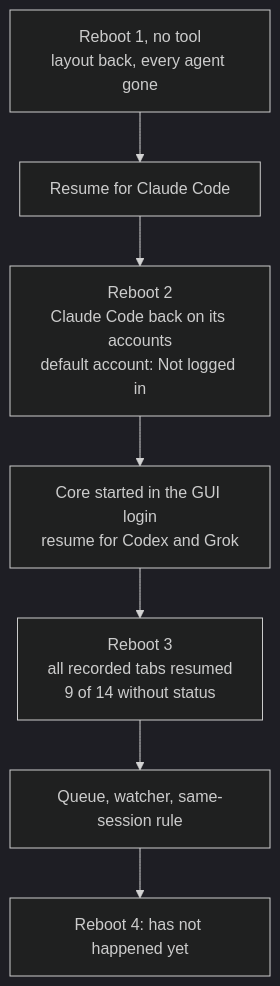
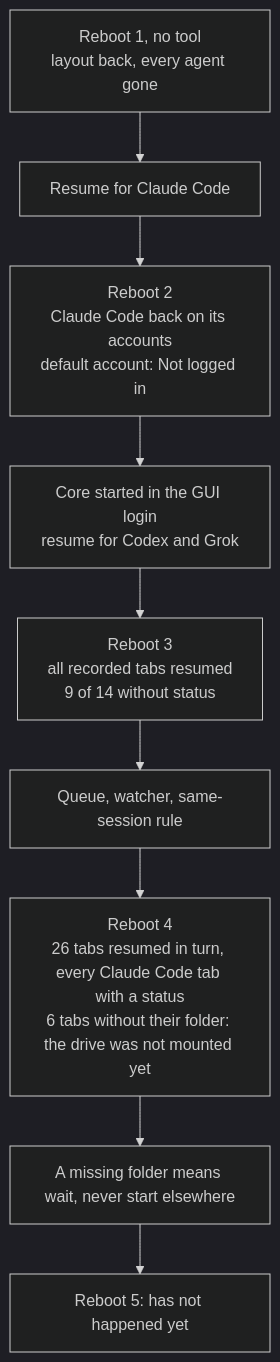
One commit to thuongtin/herdr-agents-field-guide changed the first of 4 diagrams in docs/observed-results.md. Above: the diagram before and after it, drawn with Mermaid (dark theme). The commit also changed other lines of this file and 7 other files, not shown here.

First line of the commit message:
fix: wait for a missing session folder instead of starting elsewhere

````diff
--- a/docs/observed-results.md
+++ b/docs/observed-results.md
@@ -28,9 +30,11 @@
 ```mermaid
 flowchart TD
     R1["Reboot 1, no tool<br/>layout back, every agent gone"] --> T1["Resume for Claude Code"]
     T1 --> R2["Reboot 2<br/>Claude Code back on its accounts<br/>default account: Not logged in"]
     R2 --> T2["Core started in the GUI login<br/>resume for Codex and Grok"]
     T2 --> R3["Reboot 3<br/>all recorded tabs resumed<br/>9 of 14 without status"]
     R3 --> T3["Queue, watcher, same-session rule"]
-    T3 --> R4["Reboot 4: has not happened yet"]
+    T3 --> R4["Reboot 4<br/>26 tabs resumed in turn, every Claude Code tab with a status<br/>6 tabs without their folder: the drive was not mounted yet"]
+    R4 --> T4["A missing folder means wait, never start elsewhere"]
+    T4 --> R5["Reboot 5: has not happened yet"]
 ```
````
